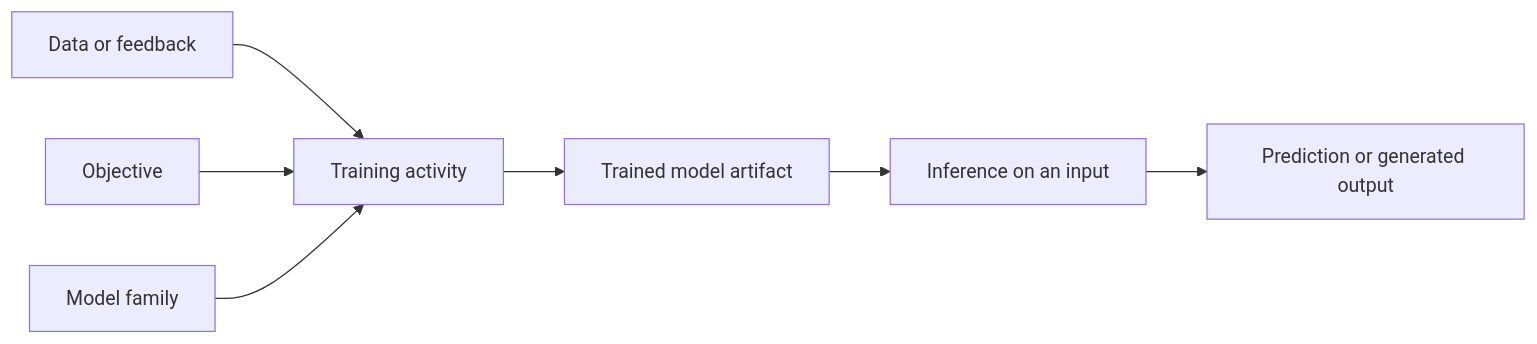
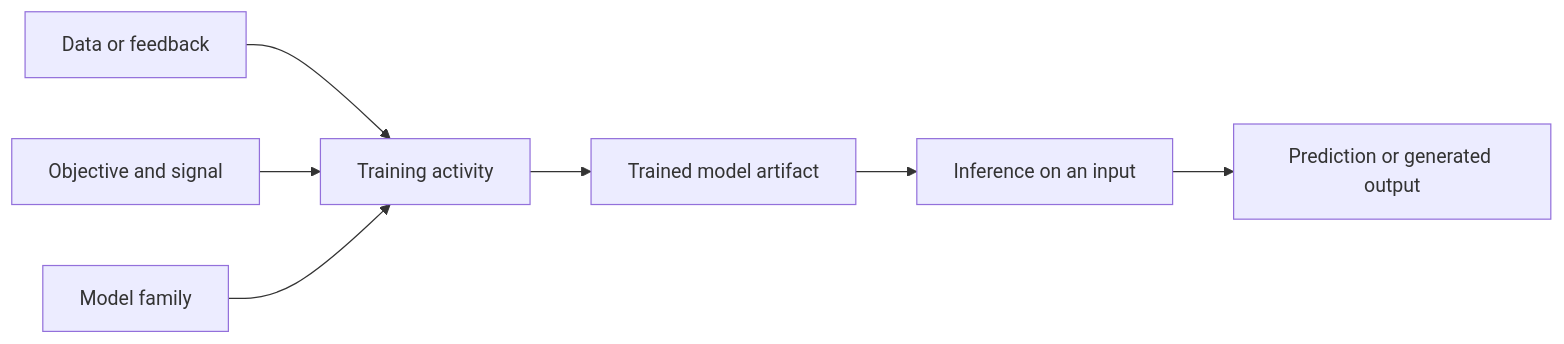
The diagram in bundle/artificial-intelligence/model-training.md (tclasen/classwork), drawn with Mermaid before and after one commit. The commit also changed other lines of this file and 3 other files, not shown here.

````diff
--- a/bundle/artificial-intelligence/model-training.md
+++ b/bundle/artificial-intelligence/model-training.md
@@ -39,9 +40,9 @@
 ```mermaid
 flowchart LR
     D[Data or feedback] --> T[Training activity]
-    O[Objective] --> T
+    O[Objective and signal] --> T
     M[Model family] --> T
     T --> A[Trained model artifact]
     A --> I[Inference on an input]
     I --> R[Prediction or generated output]
 ```
````
